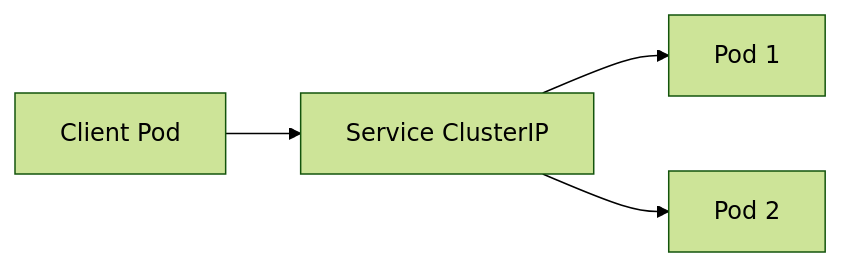
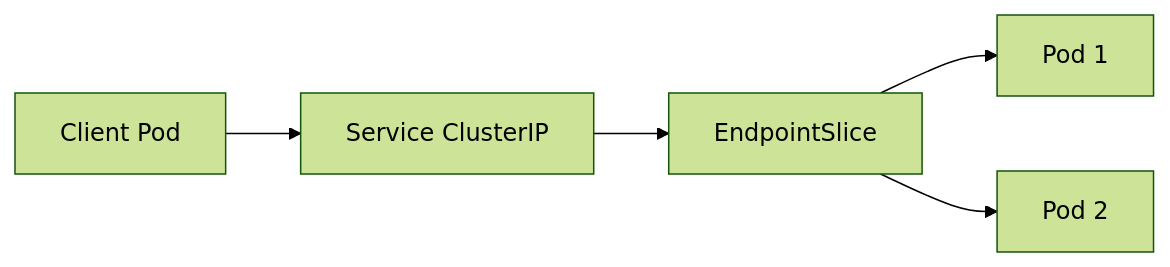
The second of 2 diagrams in docs/k3s/networking.md (VictorRoshchin/Proxmox-k3s-cluster), drawn with Mermaid (forest theme) before and after one commit. The commit also changed other lines of this file and 9 other files, not shown here.

````diff
--- a/docs/k3s/networking.md
+++ b/docs/k3s/networking.md
@@ -29,6 +55,7 @@
 ```mermaid
 flowchart LR
     C[Client Pod] --> S[Service ClusterIP]
-    S --> P1[Pod 1]
-    S --> P2[Pod 2]
+    S --> E[EndpointSlice]
+    E --> P1[Pod 1]
+    E --> P2[Pod 2]
 ```
````
